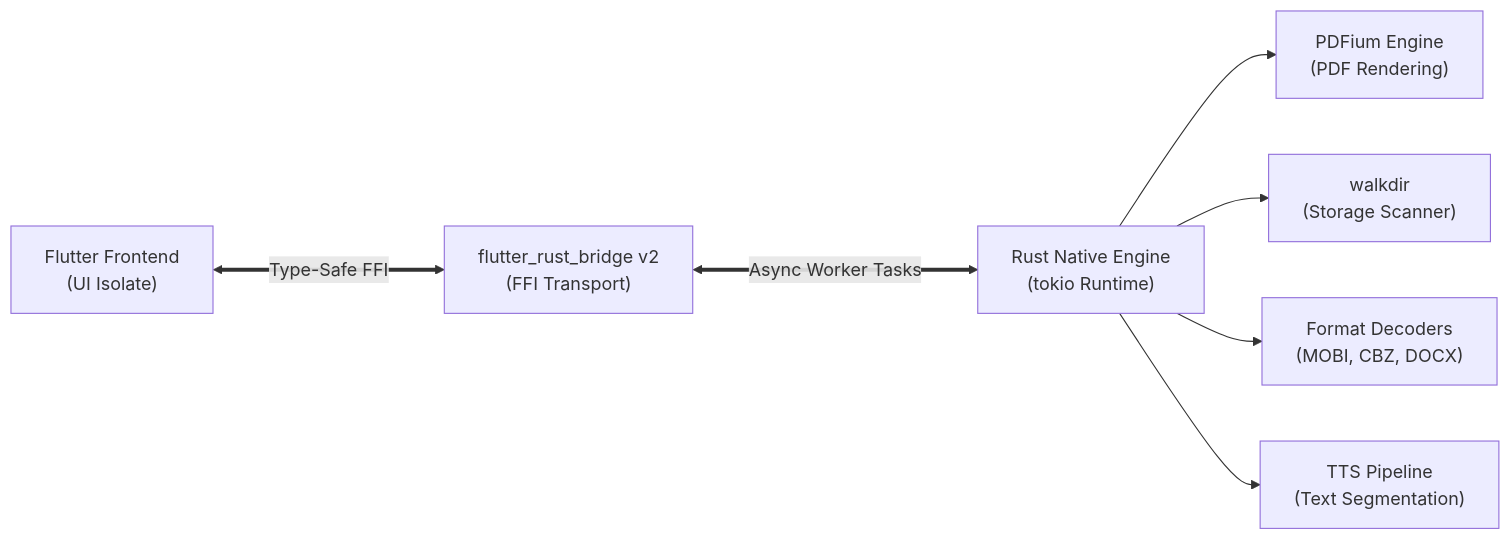
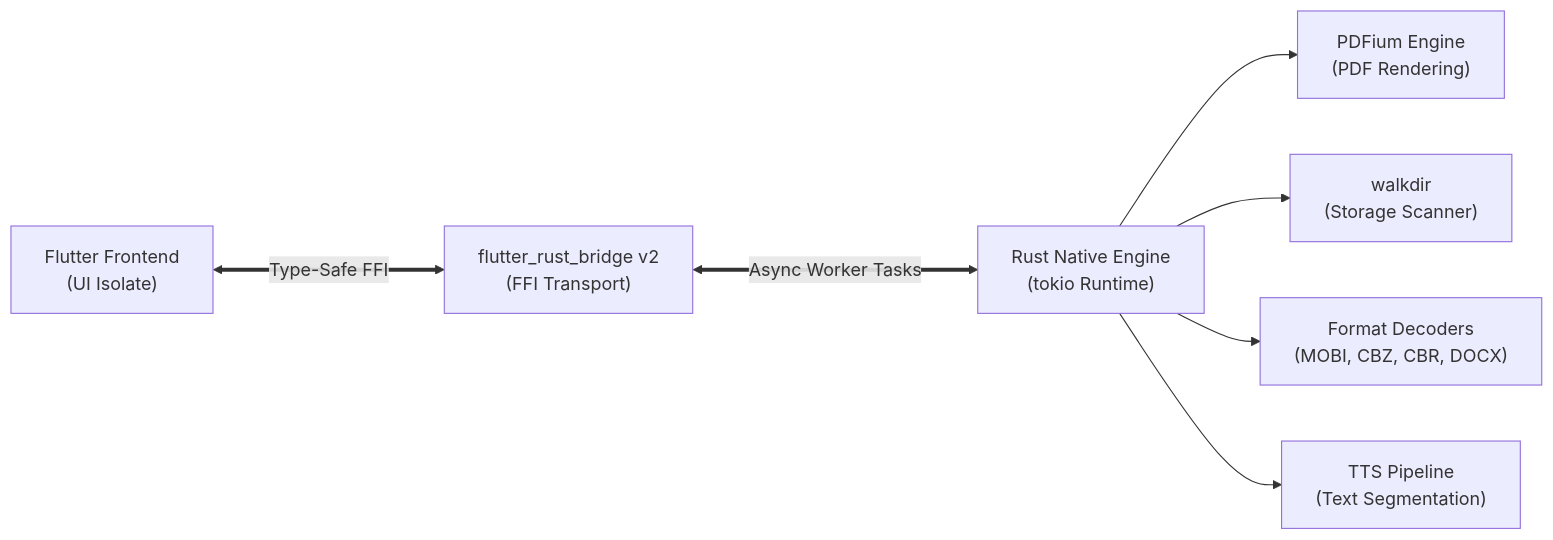
The diagram in README.md (JuanSoFly/Ferrous), drawn with Mermaid before and after one commit. The commit also changed other lines of this file and 1 other file, not shown here.

````diff
--- a/README.md
+++ b/README.md
@@ -130,19 +142,19 @@
 ```mermaid
 flowchart LR
     UI["Flutter Frontend<br/>(UI Isolate)"]
     FFI["flutter_rust_bridge v2<br/>(FFI Transport)"]
     RUST["Rust Native Engine<br/>(tokio Runtime)"]
 
     PDF["PDFium Engine<br/>(PDF Rendering)"]
     SCAN["walkdir<br/>(Storage Scanner)"]
-    PARSERS["Format Decoders<br/>(MOBI, CBZ, DOCX)"]
+    PARSERS["Format Decoders<br/>(MOBI, CBZ, CBR, DOCX)"]
     TTS["TTS Pipeline<br/>(Text Segmentation)"]
 
     UI <===>|"Type-Safe FFI"| FFI
     FFI <===>|"Async Worker Tasks"| RUST
 
     RUST --> PDF
     RUST --> SCAN
     RUST --> PARSERS
     RUST --> TTS
 ```
````
